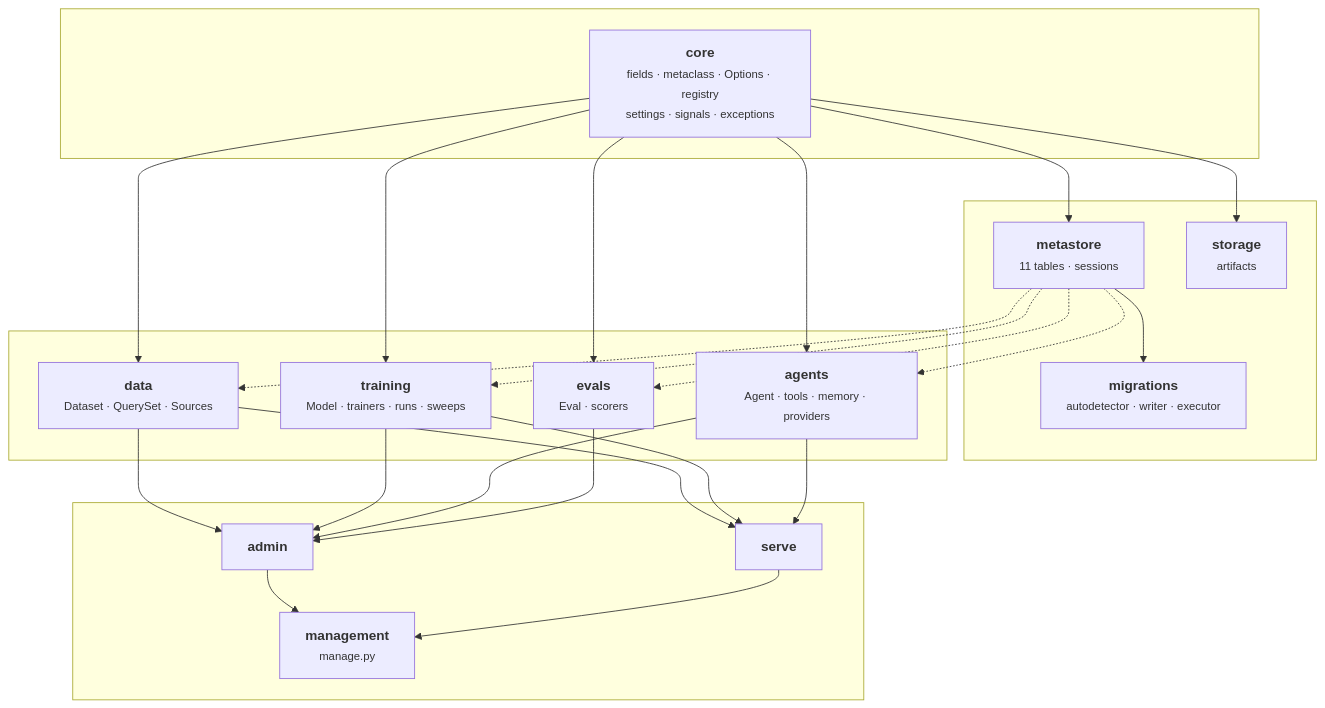
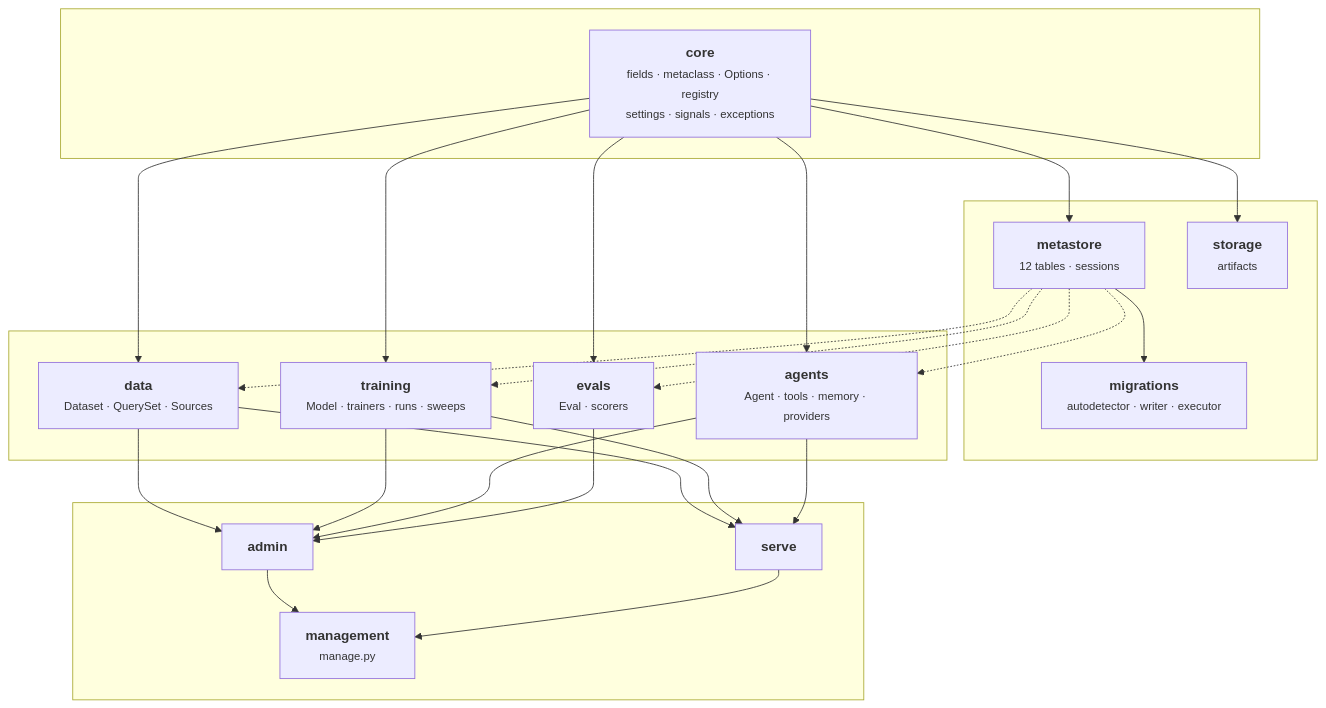
Before and after one commit to DrobyshevDev/mlango: the first of 5 diagrams in docs/architecture.md, drawn with Mermaid. The commit also changed 12 other files, not shown here.

````diff
--- a/docs/architecture.md
+++ b/docs/architecture.md
@@ -9,46 +9,46 @@
 ```mermaid
 graph TD
     subgraph foundation[" "]
         CORE["<b>core</b><br/><small>fields · metaclass · Options · registry<br/>settings · signals · exceptions</small>"]
     end
 
     subgraph persistence[" "]
-        META["<b>metastore</b><br/><small>11 tables · sessions</small>"]
+        META["<b>metastore</b><br/><small>12 tables · sessions</small>"]
         MIG["<b>migrations</b><br/><small>autodetector · writer · executor</small>"]
         STORE["<b>storage</b><br/><small>artifacts</small>"]
     end
 
     subgraph families[" "]
         DATA["<b>data</b><br/><small>Dataset · QuerySet · Sources</small>"]
         TRAIN["<b>training</b><br/><small>Model · trainers · runs · sweeps</small>"]
         AGENTS["<b>agents</b><br/><small>Agent · tools · memory · providers</small>"]
         EVALS["<b>evals</b><br/><small>Eval · scorers</small>"]
     end
 
     subgraph surfaces[" "]
         ADMIN["<b>admin</b>"]
         SERVE["<b>serve</b>"]
         CLI["<b>management</b><br/><small>manage.py</small>"]
     end
 
     CORE --> META
     CORE --> STORE
     META --> MIG
     CORE --> DATA
     CORE --> TRAIN
     CORE --> AGENTS
     CORE --> EVALS
     META -.-> DATA
     META -.-> TRAIN
     META -.-> AGENTS
     META -.-> EVALS
     DATA --> ADMIN
     TRAIN --> ADMIN
     AGENTS --> ADMIN
     EVALS --> ADMIN
     DATA --> SERVE
     TRAIN --> SERVE
     AGENTS --> SERVE
     ADMIN --> CLI
     SERVE --> CLI
 ```
````
